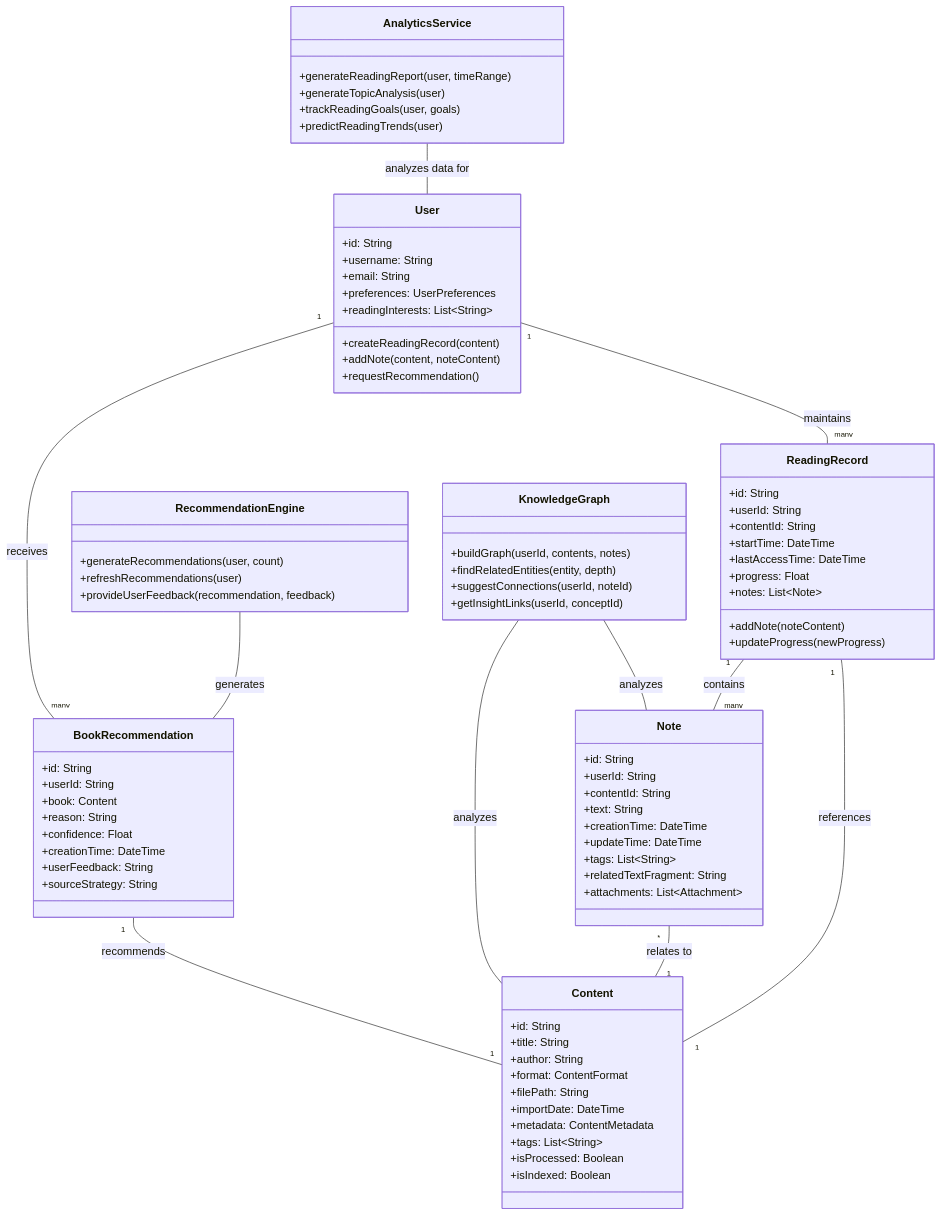
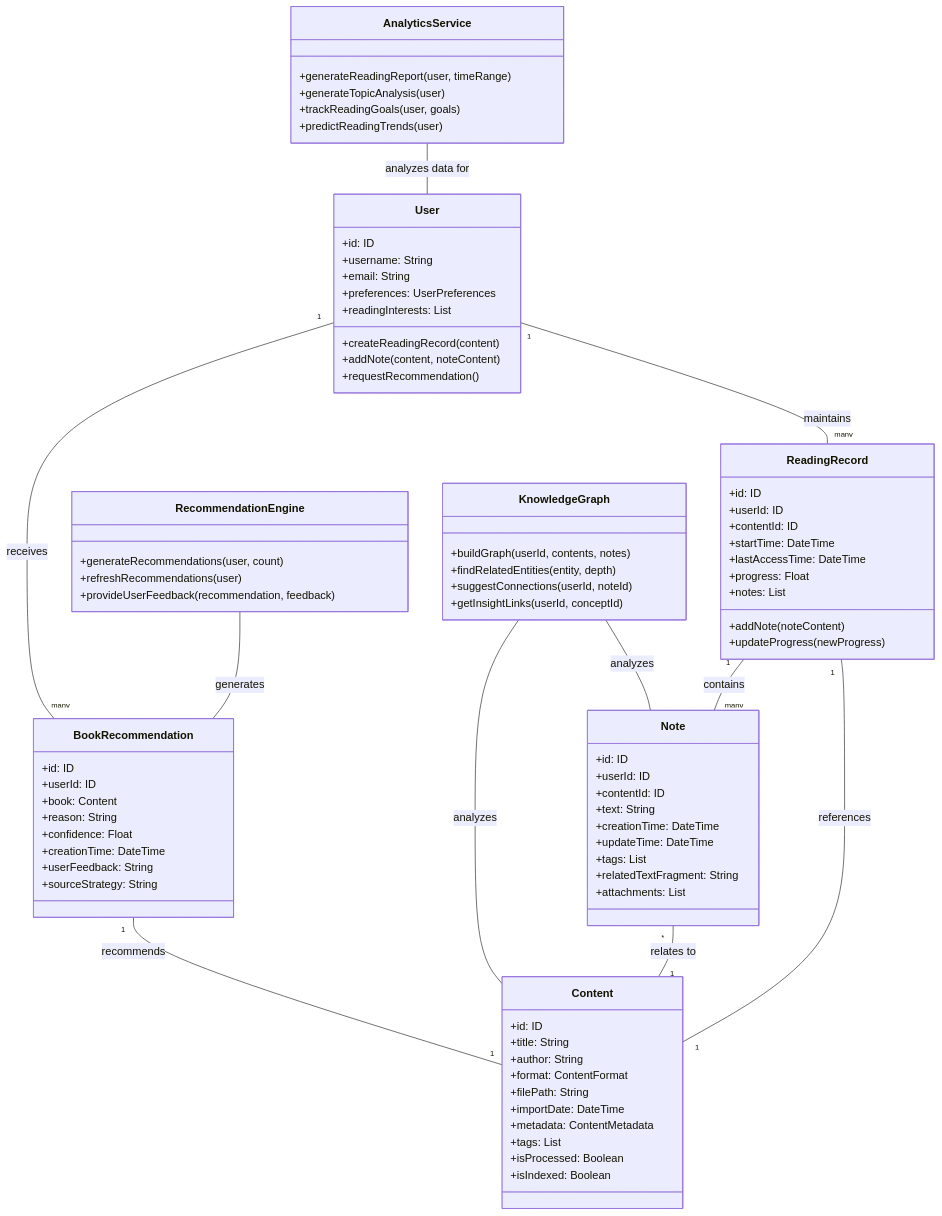
One commit to EnigmaWU/MyLLM_Arena changed the diagram in MyStartups/NextBook/docs/models/DomainModel.md. Above: the diagram before and after it, drawn with Mermaid. The commit also changed 3 other files, not shown here.

````diff
--- a/MyStartups/NextBook/docs/models/DomainModel.md
+++ b/MyStartups/NextBook/docs/models/DomainModel.md
@@ -9,51 +9,51 @@
 ```mermaid
 classDiagram
     class User {
-        +id: String
+        +id: ID
         +username: String
         +email: String
         +preferences: UserPreferences
-        +readingInterests: List~String~
+        +readingInterests: List
         +createReadingRecord(content)
         +addNote(content, noteContent)
         +requestRecommendation()
     }
     
     class Content {
-        +id: String
+        +id: ID
         +title: String
         +author: String
         +format: ContentFormat
         +filePath: String
         +importDate: DateTime
         +metadata: ContentMetadata
-        +tags: List~String~
+        +tags: List
         +isProcessed: Boolean
         +isIndexed: Boolean
     }
     
     class ReadingRecord {
-        +id: String
-        +userId: String
-        +contentId: String
+        +id: ID
+        +userId: ID
+        +contentId: ID
         +startTime: DateTime
         +lastAccessTime: DateTime
         +progress: Float
-        +notes: List~Note~
+        +notes: List
         +addNote(noteContent)
         +updateProgress(newProgress)
     }
     
     class Note {
-        +id: String
-        +userId: String
-        +contentId: String
+        +id: ID
+        +userId: ID
+        +contentId: ID
         +text: String
         +creationTime: DateTime
         +updateTime: DateTime
-        +tags: List~String~
+        +tags: List
         +relatedTextFragment: String
-        +attachments: List~Attachment~
+        +attachments: List
     }
     
     class RecommendationEngine {
@@ -63,8 +63,8 @@
     }
     
     class BookRecommendation {
-        +id: String
-        +userId: String
+        +id: ID
+        +userId: ID
         +book: Content
         +reason: String
         +confidence: Float
````
